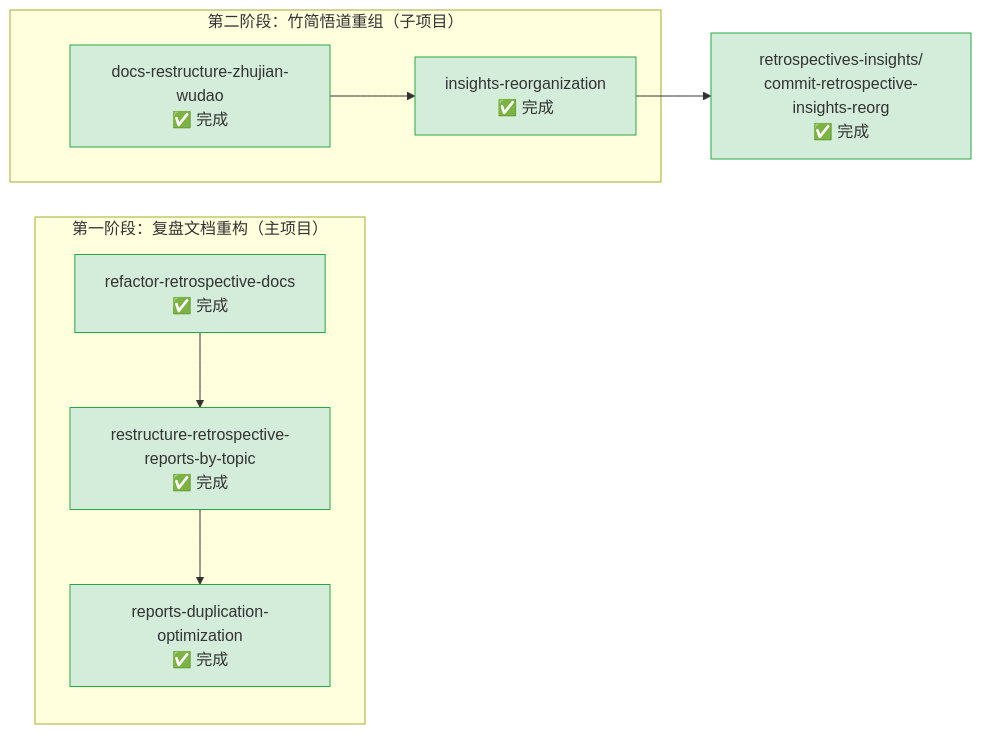
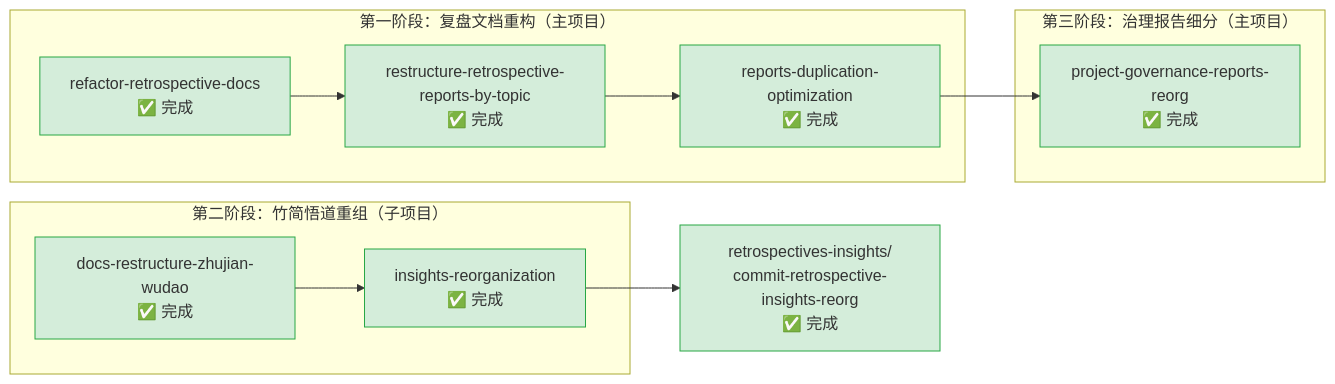
One commit to xinetzone/SpecWeave changed the diagram in .trae/specs/docs-restructure/README.md. Above: the diagram before and after it, drawn with Mermaid. The commit also changed other lines of this file and 4 other files, not shown here.

First line of the commit message:
chore(specs): 将 project-governance-reports-reorg 归入 docs-restructure 主题

````diff
--- a/.trae/specs/docs-restructure/README.md
+++ b/.trae/specs/docs-restructure/README.md
@@ -25,23 +26,28 @@
 ```mermaid
 flowchart LR
     subgraph S1 ["第一阶段：复盘文档重构（主项目）"]
         RRD["refactor-retrospective-docs<br>✅ 完成"]
         RRR["restructure-retrospective-reports-by-topic<br>✅ 完成"]
         RDO["reports-duplication-optimization<br>✅ 完成"]
     end
     subgraph S2 ["第二阶段：竹简悟道重组（子项目）"]
         DRZ["docs-restructure-zhujian-wudao<br>✅ 完成"]
         IR["insights-reorganization<br>✅ 完成"]
     end
+    subgraph S3 ["第三阶段：治理报告细分（主项目）"]
+        PGR["project-governance-reports-reorg<br>✅ 完成"]
+    end
     CRIR["retrospectives-insights/<br>commit-retrospective-insights-reorg<br>✅ 完成"]
     RRD --> RRR
     RRR --> RDO
     DRZ --> IR
     IR --> CRIR
+    RDO --> PGR
     style RRD fill:#d4edda,stroke:#28a745
     style RRR fill:#d4edda,stroke:#28a745
     style RDO fill:#d4edda,stroke:#28a745
     style DRZ fill:#d4edda,stroke:#28a745
     style IR fill:#d4edda,stroke:#28a745
     style CRIR fill:#d4edda,stroke:#28a745
+    style PGR fill:#d4edda,stroke:#28a745
 ```
````
